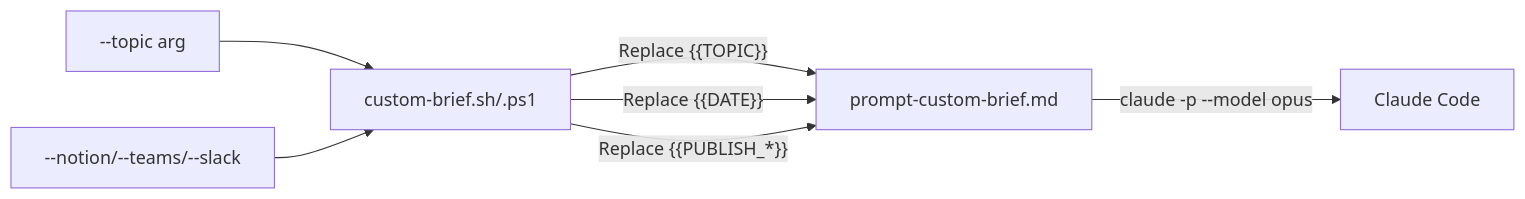
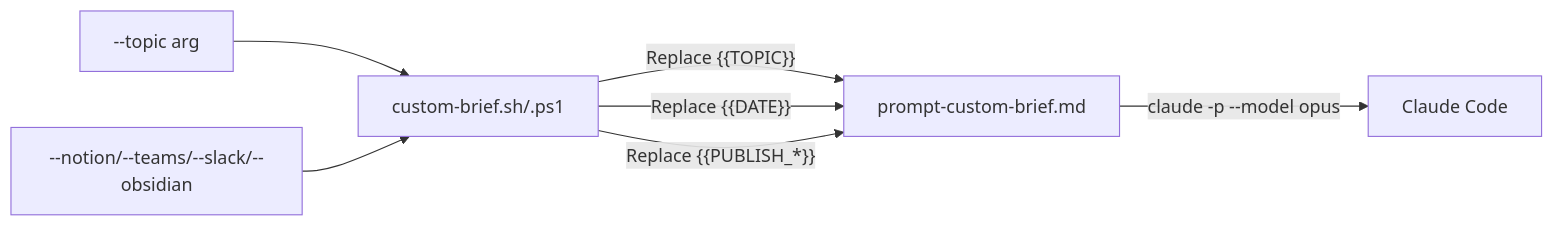
Before and after one commit to hoangsonww/ai-news-briefing: diagram 11 of 19 in ARCHITECTURE.md, drawn with Mermaid. The commit also changed other lines of this file and 22 other files, not shown here.

````diff
--- a/ARCHITECTURE.md
+++ b/ARCHITECTURE.md
@@ -625,9 +636,9 @@
 ```mermaid
 flowchart LR
     T["--topic arg"] --> S["custom-brief.sh/.ps1"]
-    F["--notion/--teams/--slack"] --> S
+    F["--notion/--teams/--slack/--obsidian"] --> S
     S -->|"Replace {{TOPIC}}"| P["prompt-custom-brief.md"]
     S -->|"Replace {{DATE}}"| P
     S -->|"Replace {{PUBLISH_*}}"| P
     P -->|"claude -p --model opus"| C[Claude Code]
 ```
````
